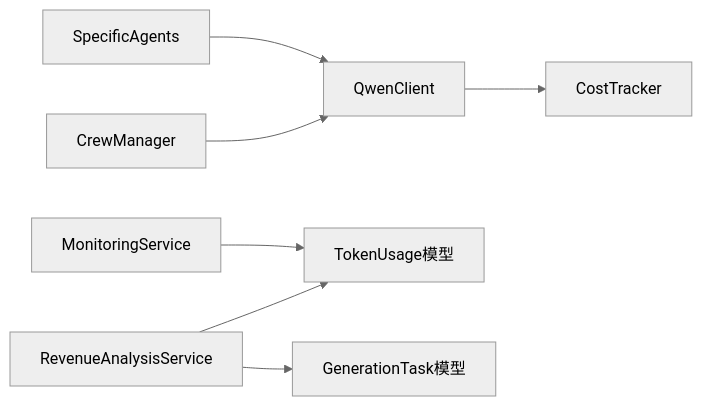
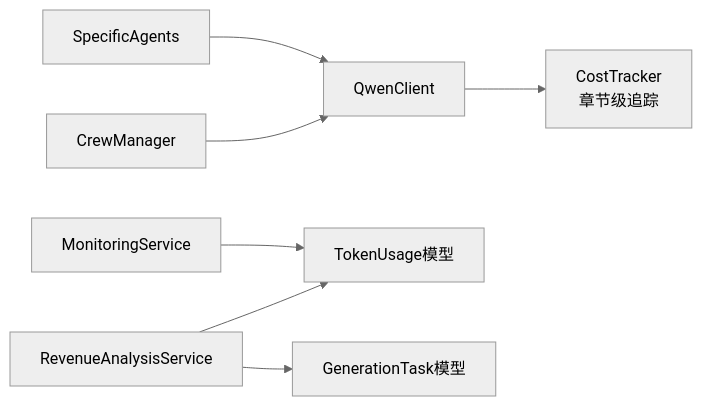
Before and after one commit to xfbyxq/ai-novel-system: the seventh of 7 diagrams in .qoder/repowiki/zh/content/LLM集成架构/成本追踪系统.md, drawn with Mermaid (neutral theme). The commit also changed other lines of this file and 17 other files, not shown here.

````diff
--- a/.qoder/repowiki/zh/content/LLM集成架构/成本追踪系统.md
+++ b/.qoder/repowiki/zh/content/LLM集成架构/成本追踪系统.md
@@ -315,9 +326,9 @@
 ```mermaid
 graph LR
 SpecificAgents["SpecificAgents"] --> QwenClient["QwenClient"]
 CrewManager["CrewManager"] --> QwenClient
-QwenClient --> CostTracker["CostTracker"]
+QwenClient --> CostTracker["CostTracker<br/>章节级追踪"]
 MonitoringService["MonitoringService"] --> TokenUsage["TokenUsage模型"]
 RevenueAnalysisService["RevenueAnalysisService"] --> TokenUsage
 RevenueAnalysisService --> GenerationTask["GenerationTask模型"]
 ```
````
